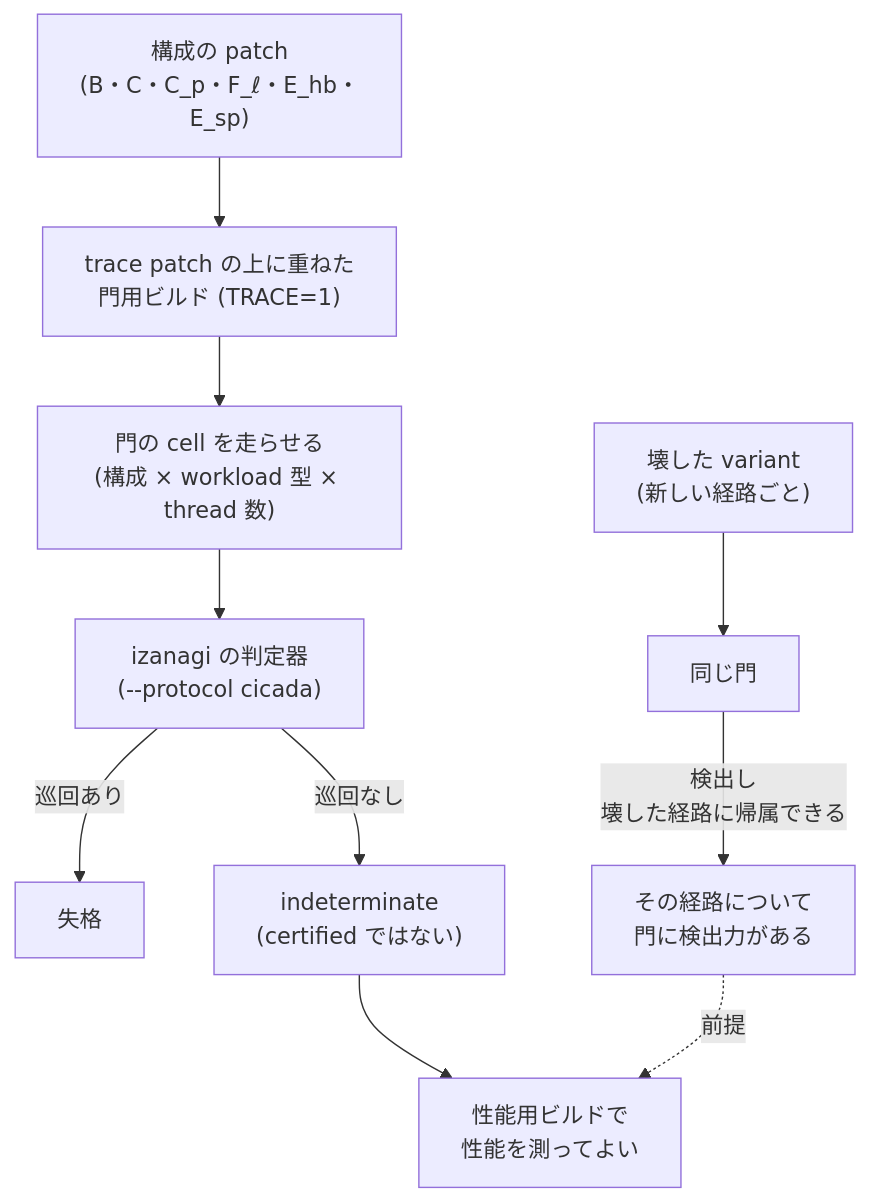
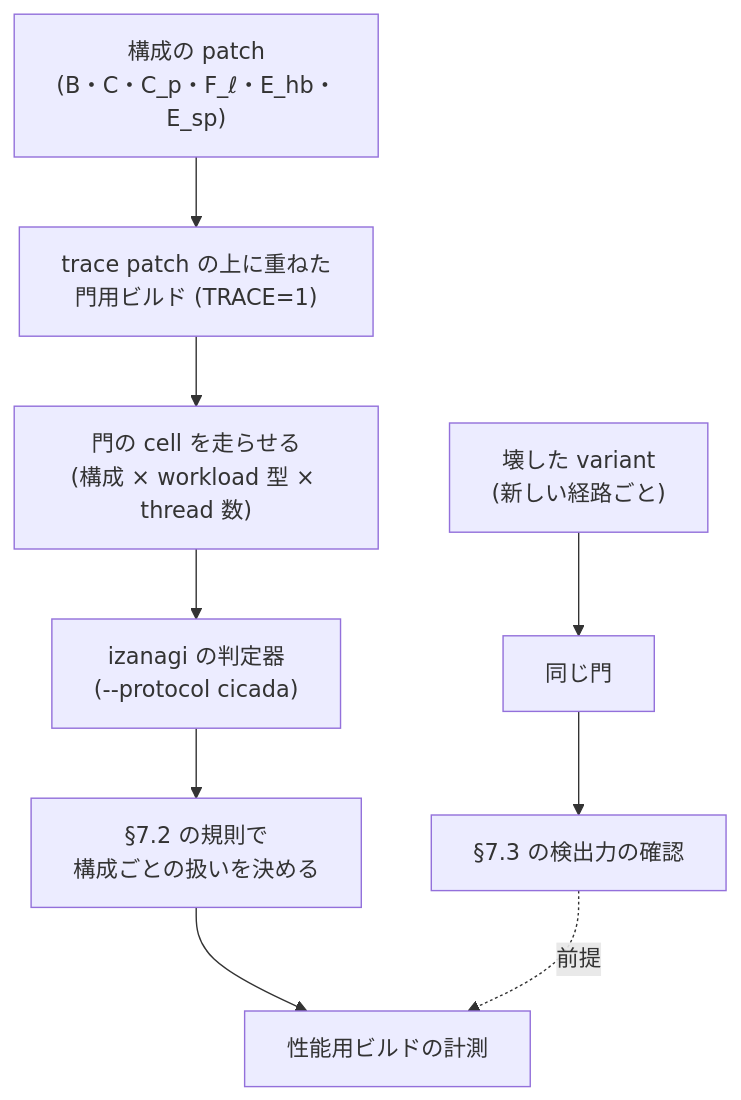
One commit to thawk105/izanagi changed the fourth of 5 diagrams in docs/vhash-evaluation-preregistration-draft.md. Above: the diagram before and after it, drawn with Mermaid. The commit also changed other lines of this file, not shown here.

````diff
--- a/docs/vhash-evaluation-preregistration-draft.md
+++ b/docs/vhash-evaluation-preregistration-draft.md
@@ -402,11 +423,10 @@
 ```mermaid
 flowchart TB
   v["構成の patch<br/>(B・C・C_p・F_ℓ・E_hb・E_sp)"] --> tb["trace patch の上に重ねた<br/>門用ビルド (TRACE=1)"]
   tb --> run["門の cell を走らせる<br/>(構成 × workload 型 × thread 数)"]
   run --> judge["izanagi の判定器<br/>(--protocol cicada)"]
-  judge -->|"巡回あり"| out["失格"]
-  judge -->|"巡回なし"| ind["indeterminate<br/>(certified ではない)"]
-  ind --> perf["性能用ビルドで<br/>性能を測ってよい"]
-  pos["壊した variant<br/>(新しい経路ごと)"] --> tb2["同じ門"] -->|"検出し<br/>壊した経路に帰属できる"| power["その経路について<br/>門に検出力がある"]
+  judge --> rule["§7.2 の規則で<br/>構成ごとの扱いを決める"]
+  rule --> perf["性能用ビルドの計測"]
+  pos["壊した variant<br/>(新しい経路ごと)"] --> tb2["同じ門"] --> power["§7.3 の検出力の確認"]
   power -.前提.-> perf
 ```
````
